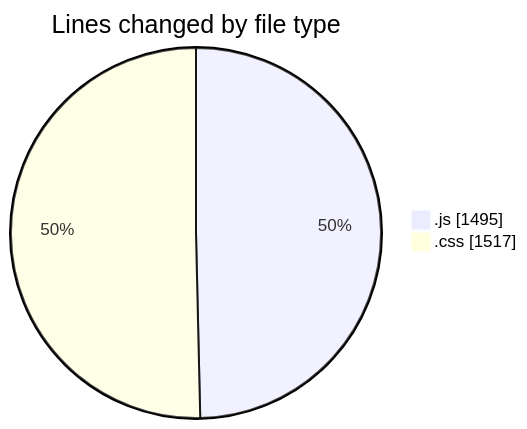
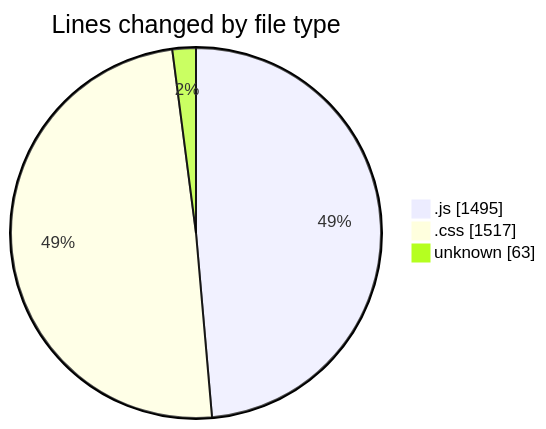
One commit to lephambinh05/code-tracking changed the first of 2 diagrams in 2025-09-03/quytuthien_vn/README.md. Above: the diagram before and after it, drawn with Mermaid. The commit also changed other lines of this file and 1 other file, not shown here.

````diff
--- a/2025-09-03/quytuthien_vn/README.md
+++ b/2025-09-03/quytuthien_vn/README.md
@@ -38,6 +39,7 @@
 ```mermaid
 pie showData
 title Lines changed by file type
 ".js" : 1495
 ".css" : 1517
+"unknown" : 63
 ```
````
